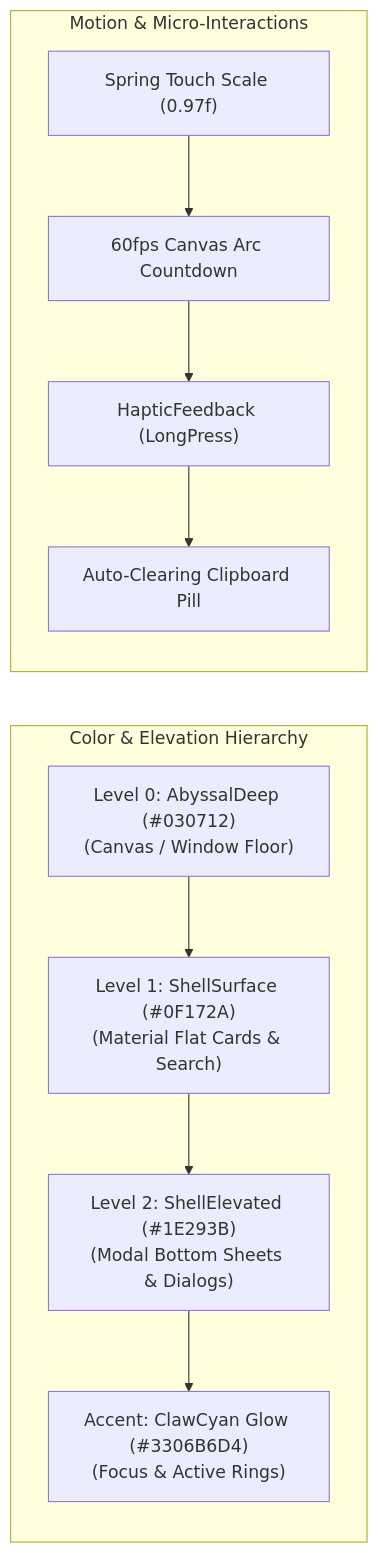
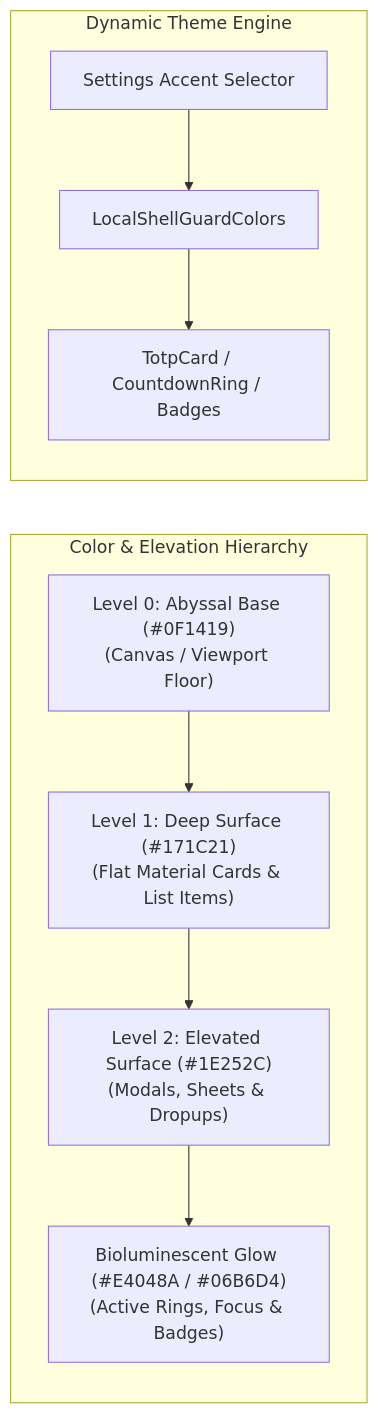
One commit to ClawStackStudios/ShellGuard changed the diagram in android/DESIGN.md. Above: the diagram before and after it, drawn with Mermaid. The commit also changed other lines of this file and 3 other files, not shown here.

Commit message:
feat: implement dynamic theme engine with adaptive light/dark mode and multi-accent support

````diff
--- a/android/DESIGN.md
+++ b/android/DESIGN.md
@@ -17,20 +19,19 @@
 ```mermaid
 flowchart LR
     subgraph ColorHierarchy ["Color & Elevation Hierarchy"]
-        Floor["Level 0: AbyssalDeep (#030712)<br/>(Canvas / Window Floor)"]
-        Surface["Level 1: ShellSurface (#0F172A)<br/>(Material Flat Cards & Search)"]
-        Elevated["Level 2: ShellElevated (#1E293B)<br/>(Modal Bottom Sheets & Dialogs)"]
-        Glow["Accent: ClawCyan Glow (#3306B6D4)<br/>(Focus & Active Rings)"]
+        Floor["Level 0: Abyssal Base (#0F1419)<br/>(Canvas / Viewport Floor)"]
+        Surface["Level 1: Deep Surface (#171C21)<br/>(Flat Material Cards & List Items)"]
+        Elevated["Level 2: Elevated Surface (#1E252C)<br/>(Modals, Sheets & Dropups)"]
+        Glow["Bioluminescent Glow (#E4048A / #06B6D4)<br/>(Active Rings, Focus & Badges)"]
 
         Floor --> Surface --> Elevated --> Glow
     end
 
-    subgraph MotionInteraction ["Motion & Micro-Interactions"]
-        Spring["Spring Touch Scale (0.97f)"]
-        Ring["60fps Canvas Arc Countdown"]
-        Haptics["HapticFeedback (LongPress)"]
-        Toast["Auto-Clearing Clipboard Pill"]
+    subgraph ThemeCustomization ["Dynamic Theme Engine"]
+        Selector["Settings Accent Selector"]
+        CompLocal["LocalShellGuardColors"]
+        Cards["TotpCard / CountdownRing / Badges"]
 
-        Spring --> Ring --> Haptics --> Toast
+        Selector --> CompLocal --> Cards
     end
 ```
````
